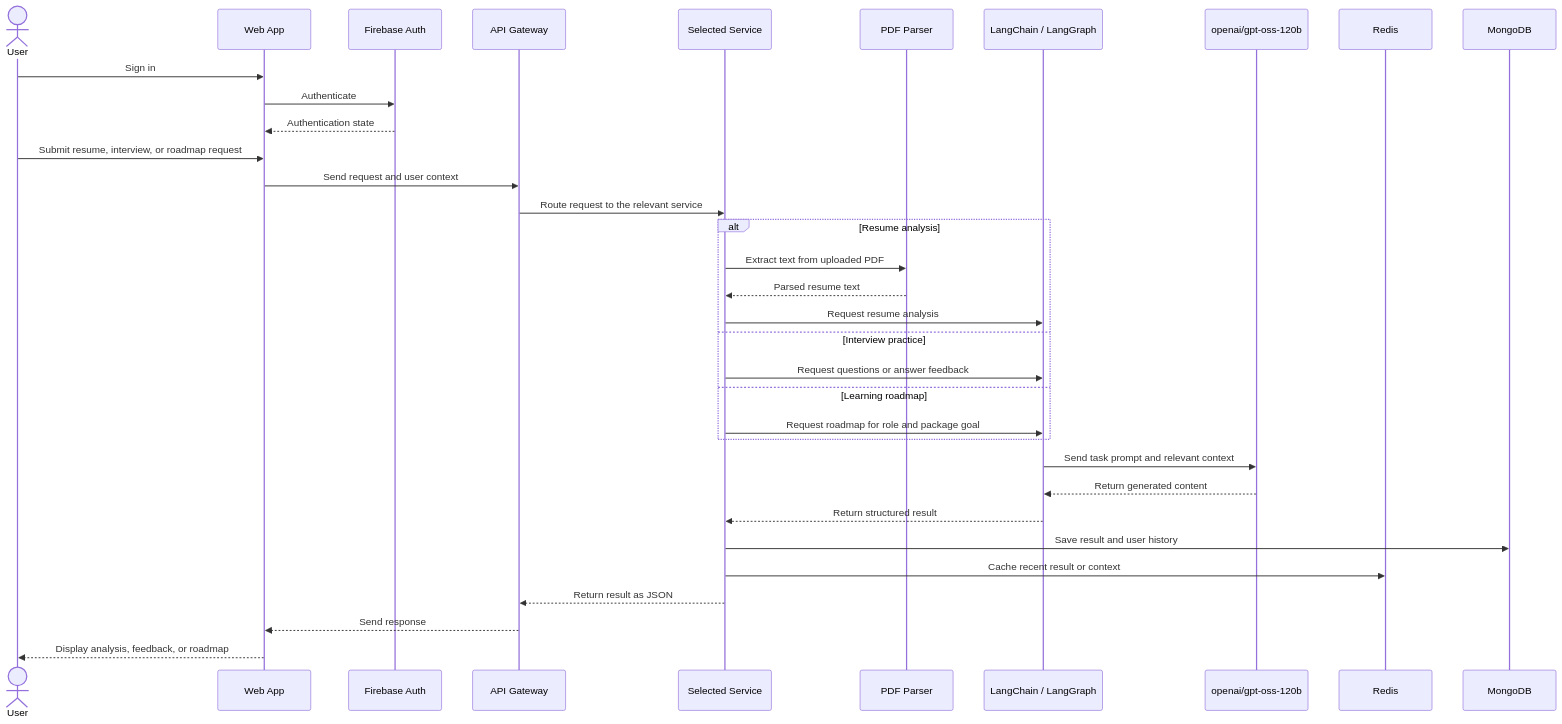
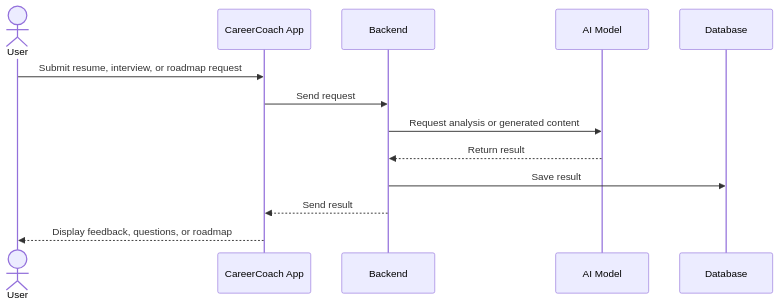
One commit to Tushar-Sharma-hub/CareerCoach changed the second of 2 diagrams in README.md. Above: the diagram before and after it, drawn with Mermaid.

````diff
--- a/README.md
+++ b/README.md
@@ -202,39 +202,16 @@
 ```mermaid
 sequenceDiagram
     actor User
-    participant UI as Web App
-    participant Auth as Firebase Auth
-    participant API as API Gateway
-    participant Service as Selected Service
-    participant Parser as PDF Parser
-    participant Workflow as LangChain / LangGraph
-    participant LLM as openai/gpt-oss-120b
-    participant Redis
-    participant Mongo as MongoDB
+    participant App as CareerCoach App
+    participant Backend
+    participant AI as AI Model
+    participant DB as Database
 
-    User->>UI: Sign in
-    UI->>Auth: Authenticate
-    Auth-->>UI: Authentication state
-    User->>UI: Submit resume, interview, or roadmap request
-    UI->>API: Send request and user context
-    API->>Service: Route request to the relevant service
-
-    alt Resume analysis
-        Service->>Parser: Extract text from uploaded PDF
-        Parser-->>Service: Parsed resume text
-        Service->>Workflow: Request resume analysis
-    else Interview practice
-        Service->>Workflow: Request questions or answer feedback
-    else Learning roadmap
-        Service->>Workflow: Request roadmap for role and package goal
-    end
-
-    Workflow->>LLM: Send task prompt and relevant context
-    LLM-->>Workflow: Return generated content
-    Workflow-->>Service: Return structured result
-    Service->>Mongo: Save result and user history
-    Service->>Redis: Cache recent result or context
-    Service-->>API: Return result as JSON
-    API-->>UI: Send response
-    UI-->>User: Display analysis, feedback, or roadmap
+    User->>App: Submit resume, interview, or roadmap request
+    App->>Backend: Send request
+    Backend->>AI: Request analysis or generated content
+    AI-->>Backend: Return result
+    Backend->>DB: Save result
+    Backend-->>App: Send result
+    App-->>User: Display feedback, questions, or roadmap
 ```
````
